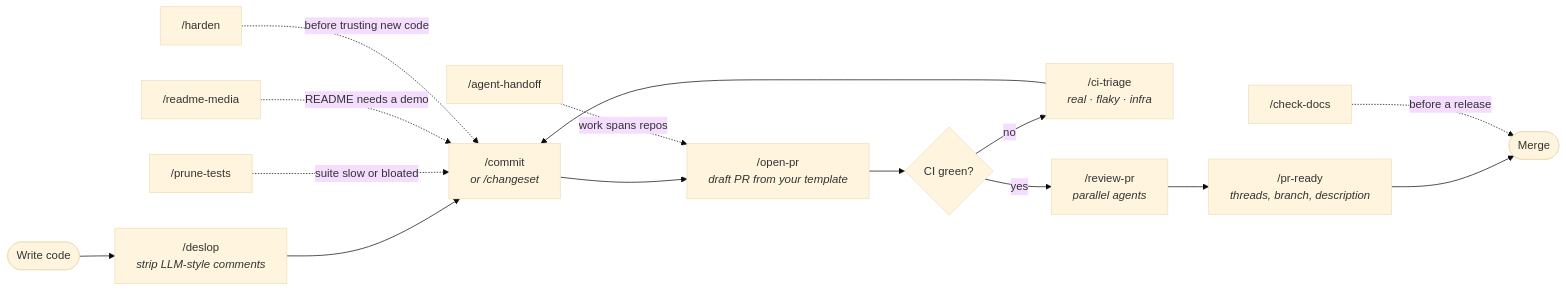
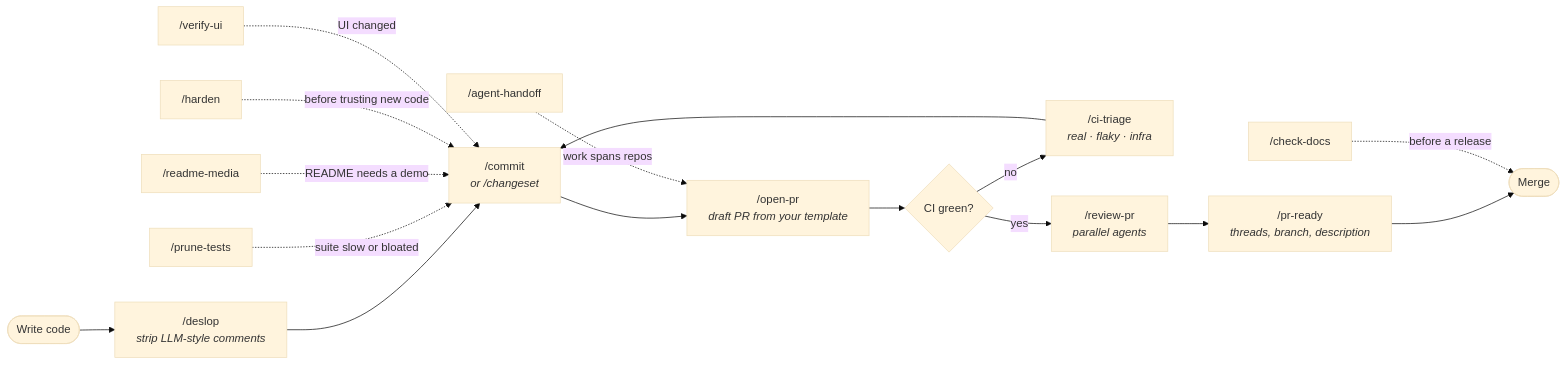
One commit to jmlweb/skills-monorepo changed the diagram in plugins/dev-workflow/README.md. Above: the diagram before and after it, drawn with Mermaid (base theme). The commit also changed other lines of this file and 8 other files, not shown here.

````diff
--- a/plugins/dev-workflow/README.md
+++ b/plugins/dev-workflow/README.md
@@ -18,17 +18,18 @@
 ```mermaid
 flowchart LR
     W([Write code]) --> DS["/deslop<br/><i>strip LLM-style comments</i>"]
     DS --> CM["/commit<br/><i>or /changeset</i>"]
     CM --> OP["/open-pr<br/><i>draft PR from your template</i>"]
     OP --> CI{CI green?}
     CI -- "no" --> TR["/ci-triage<br/><i>real · flaky · infra</i>"]
     TR --> CM
     CI -- "yes" --> RV["/review-pr<br/><i>parallel agents</i>"]
     RV --> PR["/pr-ready<br/><i>threads, branch, description</i>"]
     PR --> M([Merge])
     DOC["/check-docs"] -. "before a release" .-> M
     HO["/agent-handoff"] -. "work spans repos" .-> OP
     PT["/prune-tests"] -. "suite slow or bloated" .-> CM
     RM["/readme-media"] -. "README needs a demo" .-> CM
     HD["/harden"] -. "before trusting new code" .-> CM
+    VU["/verify-ui"] -. "UI changed" .-> CM
 ```
````
